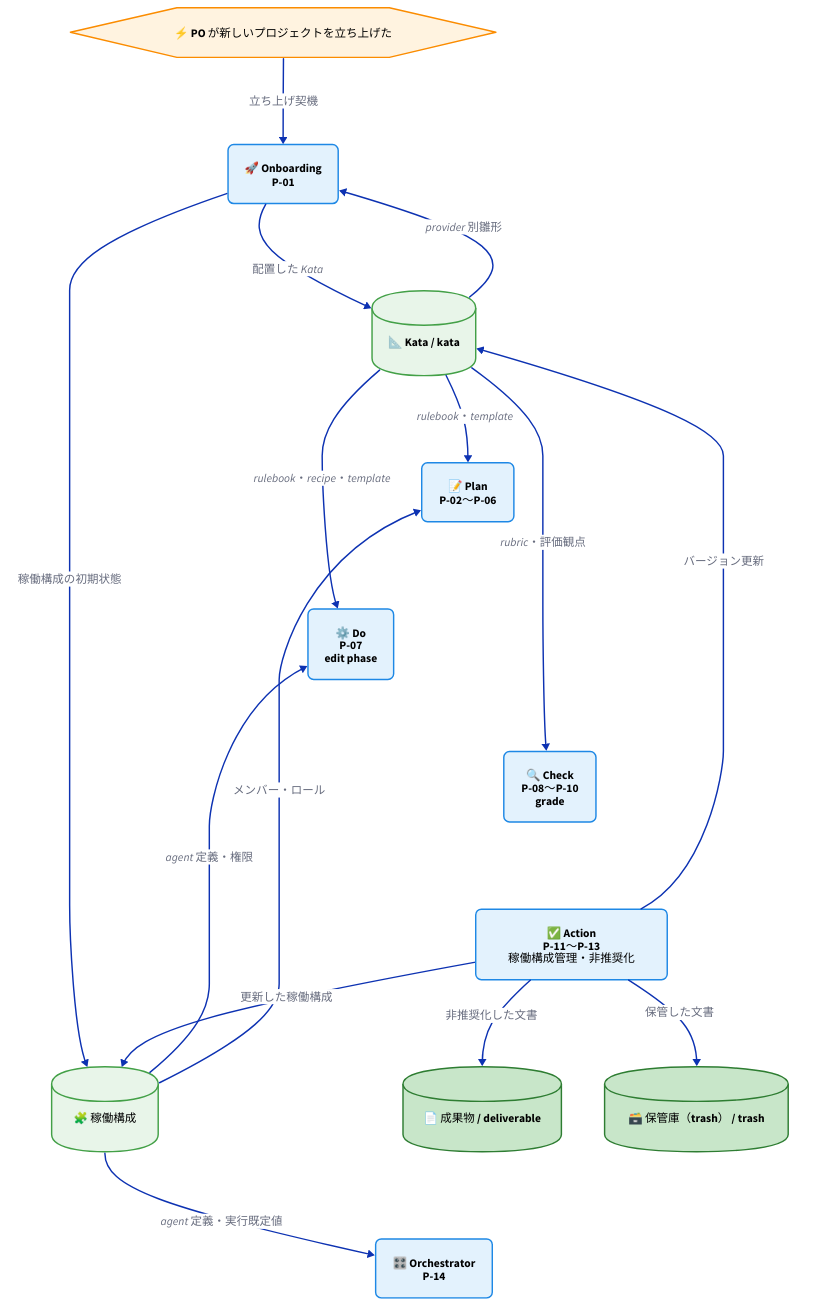
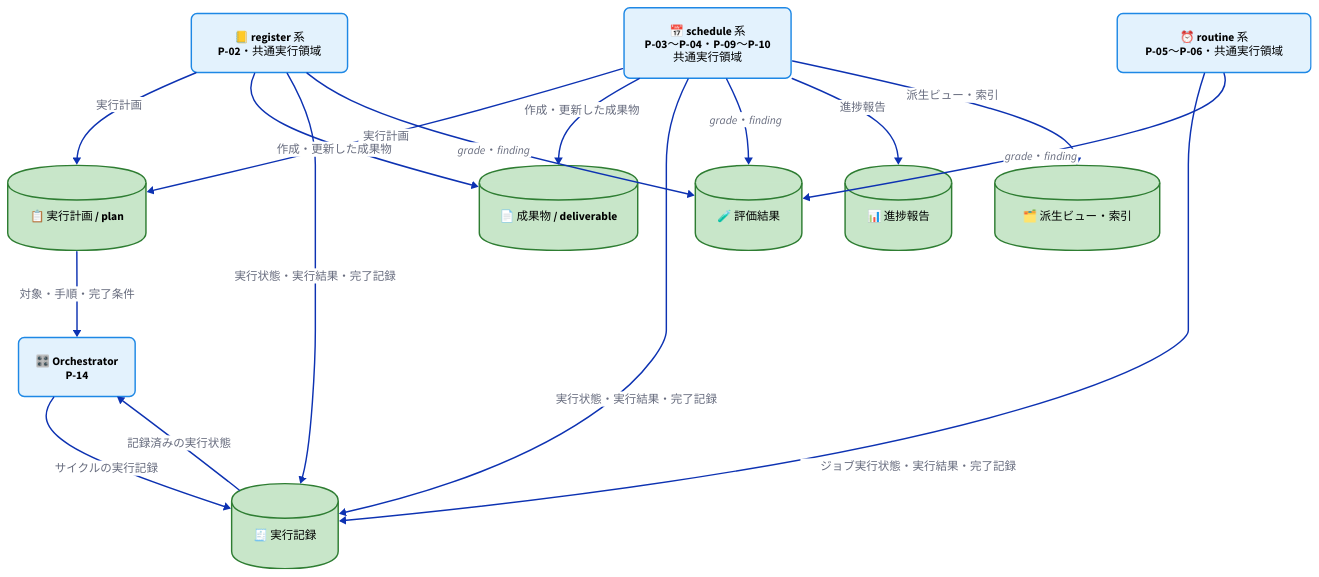
One commit to specdojo/specdojo changed the third of 4 diagrams in docs/ja/product/010-business-specs/010-data-flow/cdfd-overview.md. Above: the diagram before and after it, drawn with D2. The commit also changed other lines of this file and 5 other files, not shown here.

Commit message:
exec(T-DATA-FLOW-USAGE-cdfd-overview-010): apply task changes

````diff
--- a/docs/ja/product/010-business-specs/010-data-flow/cdfd-overview.md
+++ b/docs/ja/product/010-business-specs/010-data-flow/cdfd-overview.md
@@ -499,14 +311,6 @@
       border-radius: 8
       fill: "#e3f2fd"
       stroke: "#1e88e5"
-      font-color: "#000000"
-    }
-  }
-  event: {
-    shape: hexagon
-    style: {
-      fill: "#fff3e0"
-      stroke: "#fb8c00"
       font-color: "#000000"
     }
   }
@@ -528,62 +332,59 @@
   }
 }
 
-ev_onboarding: "⚡ PO が新しいプロジェクトを立ち上げた" {
-  class: event
-}
-
-onboarding: "🚀 Onboarding\nP-01" {
-  class: process
-}
 orchestrator: "🎛️ Orchestrator\nP-14" {
   class: process
 }
-plan: "📝 Plan\nP-02〜P-06" {
-  class: process
-}
-do_exec: "⚙️ Do\nP-07\nedit phase" {
-  class: process
-}
-check: "🔍 Check\nP-08〜P-10\ngrade" {
-  class: process
-}
-action: "✅ Action\nP-11〜P-13\n稼働構成管理・非推奨化" {
+
+register_sys: "📒 register 系\nP-02・共通実行領域" {
   class: process
 }
 
-kata: "📐 Kata / kata" {
-  class: store_master
+schedule_sys: "📅 schedule 系\nP-03〜P-04・P-09〜P-10\n共通実行領域" {
+  class: process
 }
-config: "🧩 稼働構成" {
-  class: store_master
+
+routine_sys: "⏰ routine 系\nP-05〜P-06・共通実行領域" {
+  class: process
+}
+
+exec_plan: "📋 実行計画 / plan" {
+  class: store_transaction
 }
 
 deliverables: "📄 成果物 / deliverable" {
   class: store_transaction
 }
-trash: "🗃️ 保管庫（trash） / trash" {
+
+exec_log: "🧾 実行記録" {
   class: store_transaction
 }
 
-ev_onboarding -> onboarding: "立ち上げ契機"
+grade: "🧪 評価結果" {
+  class: store_transaction
+}
 
-kata -> onboarding: "provider 別雛形"
-onboarding -> kata: "配置した Kata"
-onboarding -> config: "稼働構成の初期状態"
+report: "📊 進捗報告" {
+  class: store_transaction
+}
 
-config -> orchestrator: "agent 定義・実行既定値"
-config -> do_exec: "agent 定義・権限"
-config -> plan: "メンバー・ロール"
+derived: "🗂️ 派生ビュー・索引" {
+  class: store_transaction
+}
 
-kata -> plan: "rulebook・template"
-kata -> do_exec: "rulebook・recipe・template"
-kata -> check: "rubric・評価観点"
-
-config <- action: "更新した稼働構成"
-kata <- action: "バージョン更新"
-action -> deliverables: "非推奨化した文書"
-action -> trash: "保管した文書"
-
-# 配置制御用（受け渡しではない）
-orchestrator -> plan -> do_exec -> check -> action: {style.opacity: 0}
+orchestrator <- exec_plan: "対象・手順・完了条件"
+orchestrator <- exec_log: "記録済みの実行状態"
+orchestrator -> exec_log: "サイクルの実行記録"
+register_sys -> exec_plan: "実行計画"
+schedule_sys -> exec_plan: "実行計画"
+register_sys -> deliverables: "作成・更新した成果物"
+schedule_sys -> deliverables: "作成・更新した成果物"
+register_sys -> exec_log: "実行状態・実行結果・完了記録"
+schedule_sys -> exec_log: "実行状態・実行結果・完了記録"
+routine_sys -> exec_log: "ジョブ実行状態・実行結果・完了記録"
+register_sys -> grade: "grade・finding"
+schedule_sys -> grade: "grade・finding"
+routine_sys -> grade: "grade・finding"
+schedule_sys -> report: "進捗報告"
+schedule_sys -> derived: "派生ビュー・索引"
 ```
````
